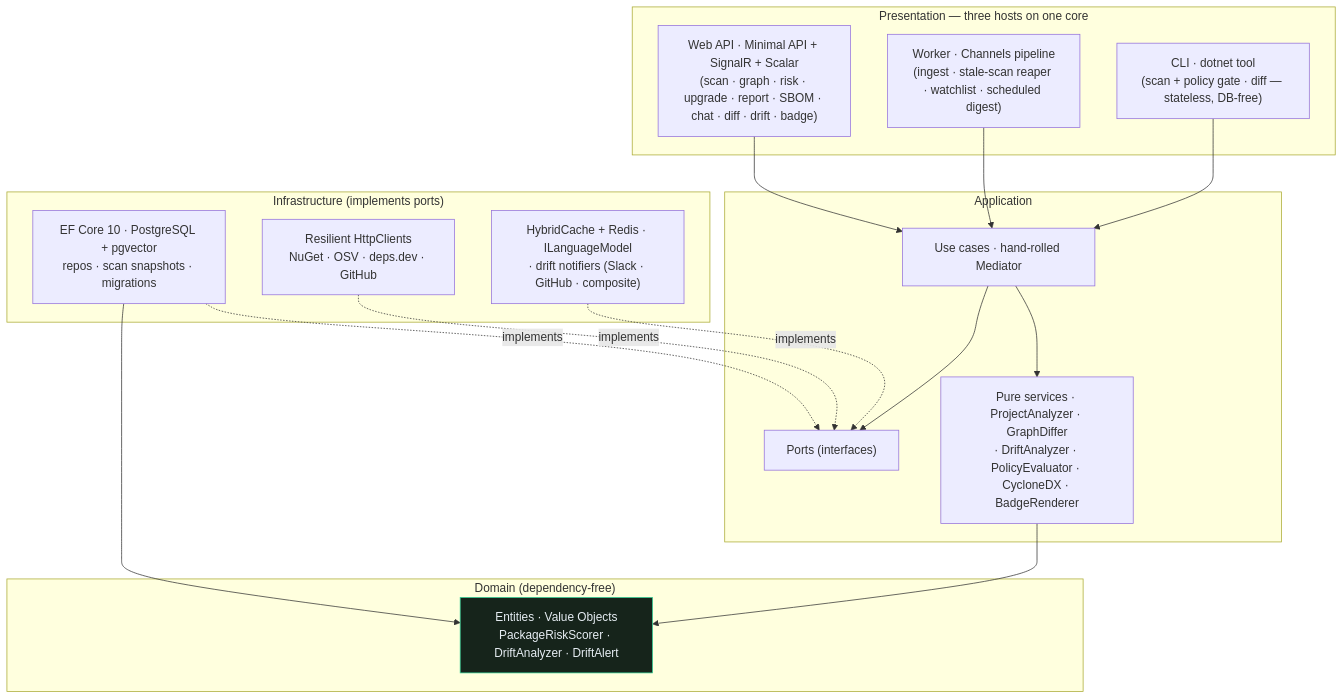
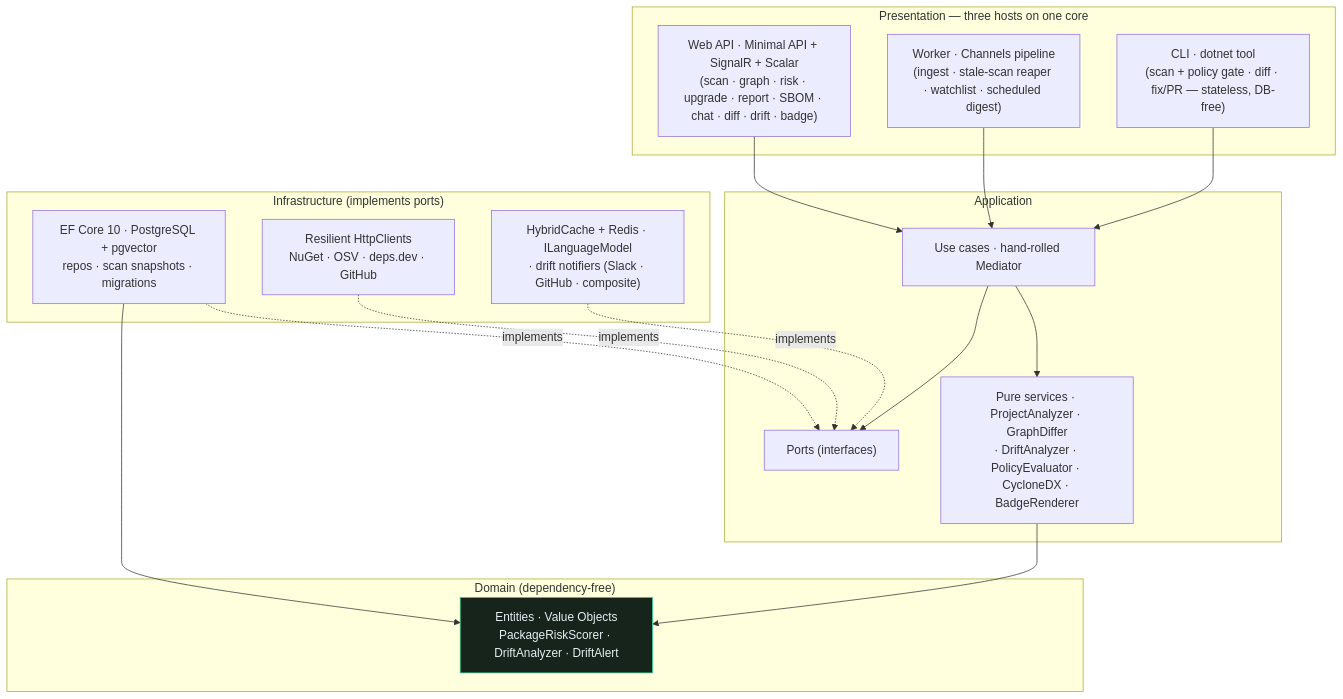
Before and after one commit to AdrianDeutsch/DepRadar: the first of 2 diagrams in README.md, drawn with Mermaid. The commit also changed other lines of this file and 11 other files, not shown here.

````diff
--- a/README.md
+++ b/README.md
@@ -104,35 +105,35 @@
 ```mermaid
 flowchart TB
     subgraph P["Presentation — three hosts on one core"]
         API["Web API · Minimal API + SignalR + Scalar<br/>(scan · graph · risk · upgrade · report · SBOM · chat · diff · drift · badge)"]
         WK["Worker · Channels pipeline<br/>(ingest · stale-scan reaper · watchlist · scheduled digest)"]
-        CLI["CLI · dotnet tool<br/>(scan + policy gate · diff — stateless, DB-free)"]
+        CLI["CLI · dotnet tool<br/>(scan + policy gate · diff · fix/PR — stateless, DB-free)"]
     end
     subgraph A["Application"]
         UC["Use cases · hand-rolled Mediator"]
         SVC["Pure services · ProjectAnalyzer · GraphDiffer<br/>· DriftAnalyzer · PolicyEvaluator · CycloneDX · BadgeRenderer"]
         PORTS["Ports (interfaces)"]
     end
     subgraph I["Infrastructure (implements ports)"]
         EF["EF Core 10 · PostgreSQL + pgvector<br/>repos · scan snapshots · migrations"]
         EXT["Resilient HttpClients<br/>NuGet · OSV · deps.dev · GitHub"]
         SUP["HybridCache + Redis · ILanguageModel<br/>· drift notifiers (Slack · GitHub · composite)"]
     end
     subgraph D["Domain (dependency-free)"]
         MODEL["Entities · Value Objects<br/>PackageRiskScorer · DriftAnalyzer · DriftAlert"]
     end
 
     API --> UC
     WK --> UC
     CLI --> UC
     UC --> SVC
     UC --> PORTS
     SVC --> MODEL
     EF -. implements .-> PORTS
     EXT -. implements .-> PORTS
     SUP -. implements .-> PORTS
     EF --> MODEL
 
     classDef domain fill:#16241b,stroke:#34d399,color:#e6edf3;
     class MODEL domain;
 ```
````
